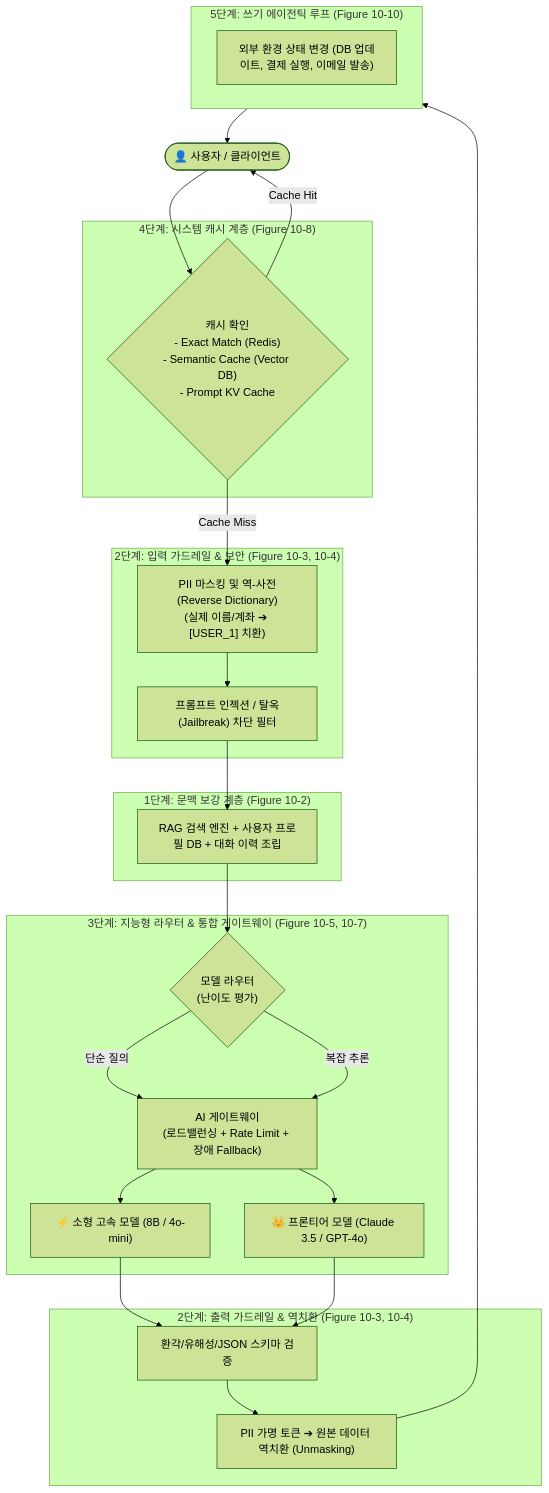
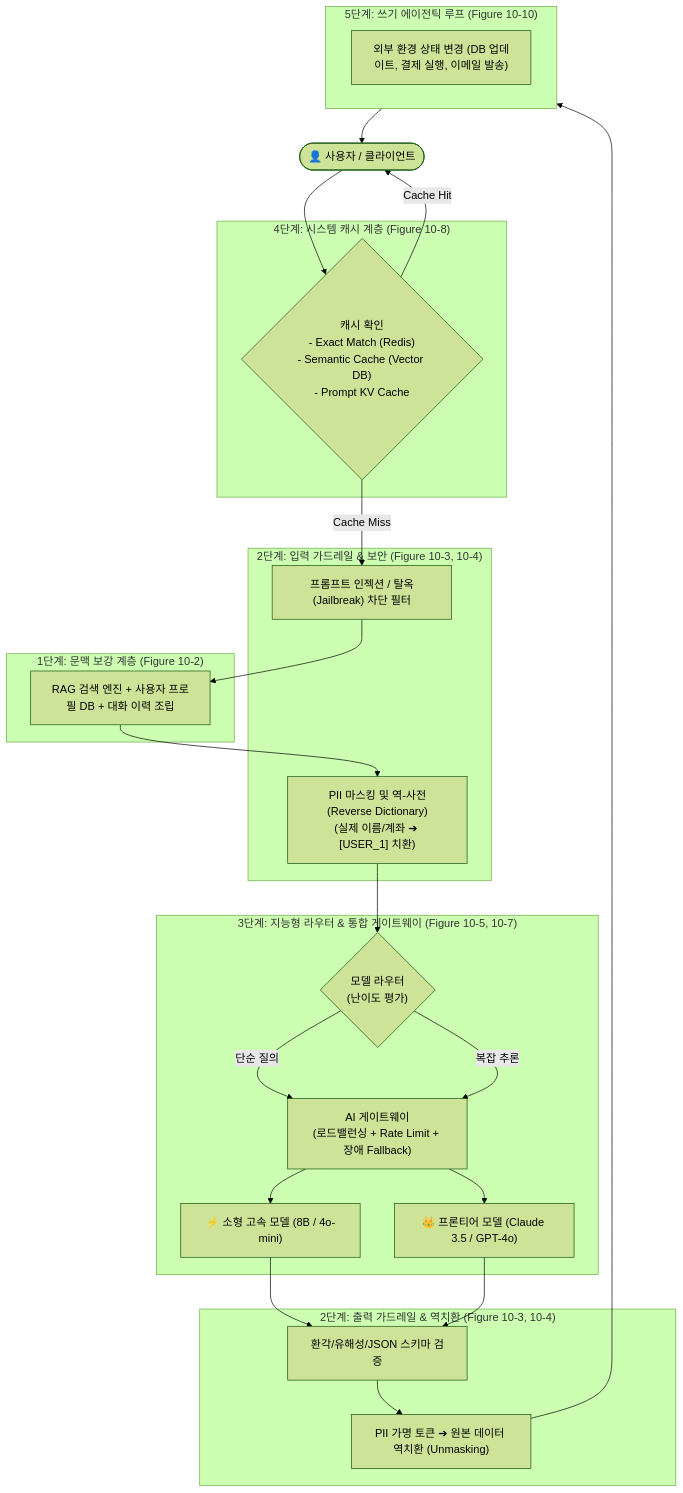
The first of 3 diagrams in chapter-qa/ch10-architecture-and-feedback-qa/01-enterprise-ai-application-architecture.md (sing-u8/AI-Engineering), drawn with Mermaid (forest theme) before and after one commit.

Commit message:
Fix: Correct logical flow in enterprise AI architecture diagram

````diff
--- a/chapter-qa/ch10-architecture-and-feedback-qa/01-enterprise-ai-application-architecture.md
+++ b/chapter-qa/ch10-architecture-and-feedback-qa/01-enterprise-ai-application-architecture.md
@@ -39,41 +39,41 @@
 ```mermaid
 flowchart TD
     User(["👤 사용자 / 클라이언트"])
 
     subgraph Layer4["4단계: 시스템 캐시 계층 (Figure 10-8)"]
         Cache{"캐시 확인\n- Exact Match (Redis)\n- Semantic Cache (Vector DB)\n- Prompt KV Cache"}
     end
 
     subgraph Layer2_In["2단계: 입력 가드레일 & 보안 (Figure 10-3, 10-4)"]
         PII_Mask["PII 마스킹 및 역-사전(Reverse Dictionary)\n(실제 이름/계좌 ➔ [USER_1] 치환)"]
         Injection["프롬프트 인젝션 / 탈옥(Jailbreak) 차단 필터"]
     end
 
     subgraph Layer1["1단계: 문맥 보강 계층 (Figure 10-2)"]
         RAG["RAG 검색 엔진 + 사용자 프로필 DB + 대화 이력 조립"]
     end
 
     subgraph Layer3["3단계: 지능형 라우터 & 통합 게이트웨이 (Figure 10-5, 10-7)"]
         Router{"모델 라우터\n(난이도 평가)"}
         Gateway["AI 게이트웨이\n(로드밸런싱 + Rate Limit + 장애 Fallback)"]
         SmallM["⚡ 소형 고속 모델 (8B / 4o-mini)"]
         LargeM["👑 프론티어 모델 (Claude 3.5 / GPT-4o)"]
     end
 
     subgraph Layer2_Out["2단계: 출력 가드레일 & 역치환 (Figure 10-3, 10-4)"]
         PII_Unmask["PII 가명 토큰 ➔ 원본 데이터 역치환 (Unmasking)"]
         Hallu_Check["환각/유해성/JSON 스키마 검증"]
     end
 
     subgraph Layer5["5단계: 쓰기 에이전틱 루프 (Figure 10-10)"]
         Actions["외부 환경 상태 변경 (DB 업데이트, 결제 실행, 이메일 발송)"]
     end
 
     User --> Cache
-    Cache -- Cache Miss --> PII_Mask --> Injection --> RAG --> Router
+    Cache -- Cache Miss --> Injection --> RAG --> PII_Mask --> Router
     Router -- 단순 질의 --> Gateway --> SmallM
     Router -- 복잡 추론 --> Gateway --> LargeM
     SmallM & LargeM --> Hallu_Check --> PII_Unmask --> Layer5
     Layer5 --> User
     Cache -- Cache Hit --> User
 ```
````
